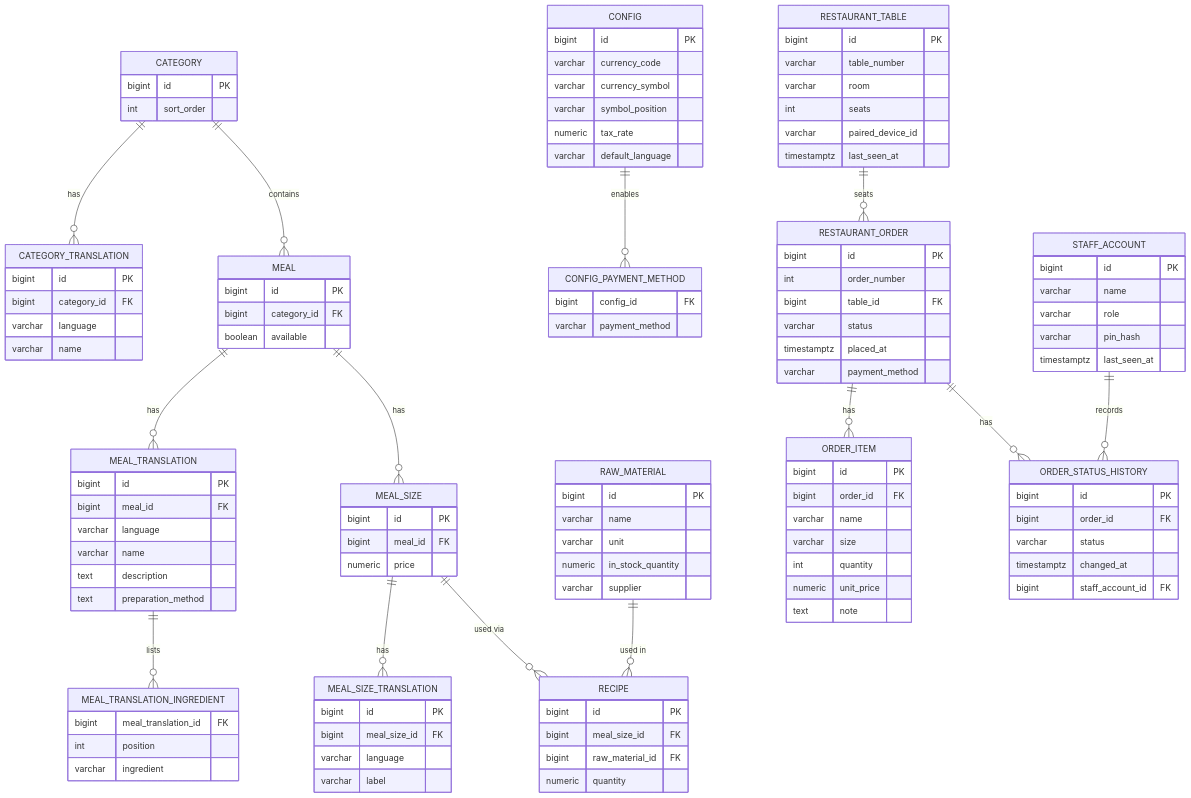
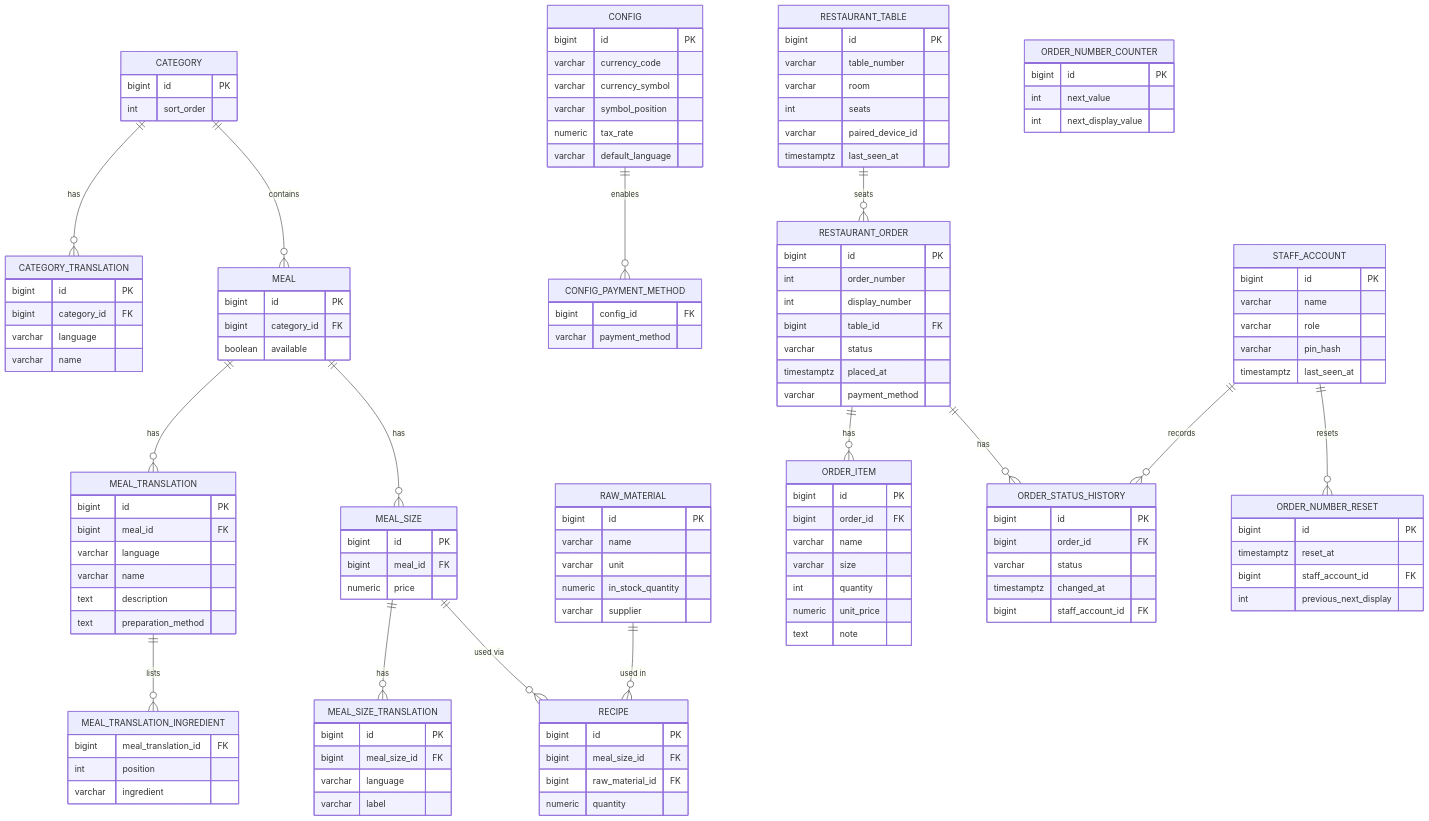
The diagram in Documentation/database-schema.md (osamasado/Restaurant-Orders-Management), drawn with Mermaid before and after one commit. The commit also changed other lines of this file and 6 other files, not shown here.

Commit message:
Document the displayed order number and its restart, and add the task summary for issue #73

````diff
--- a/Documentation/database-schema.md
+++ b/Documentation/database-schema.md
@@ -97,10 +97,12 @@
     RESTAURANT_ORDER ||--o{ ORDER_ITEM : has
     RESTAURANT_ORDER ||--o{ ORDER_STATUS_HISTORY : has
     STAFF_ACCOUNT ||--o{ ORDER_STATUS_HISTORY : records
+    STAFF_ACCOUNT ||--o{ ORDER_NUMBER_RESET : resets
 
     RESTAURANT_ORDER {
         bigint id PK
         int order_number
+        int display_number
         bigint table_id FK
         varchar status
         timestamptz placed_at
@@ -122,4 +124,15 @@
         timestamptz changed_at
         bigint staff_account_id FK
     }
+    ORDER_NUMBER_COUNTER {
+        bigint id PK
+        int next_value
+        int next_display_value
+    }
+    ORDER_NUMBER_RESET {
+        bigint id PK
+        timestamptz reset_at
+        bigint staff_account_id FK
+        int previous_next_display
+    }
 ```
````
